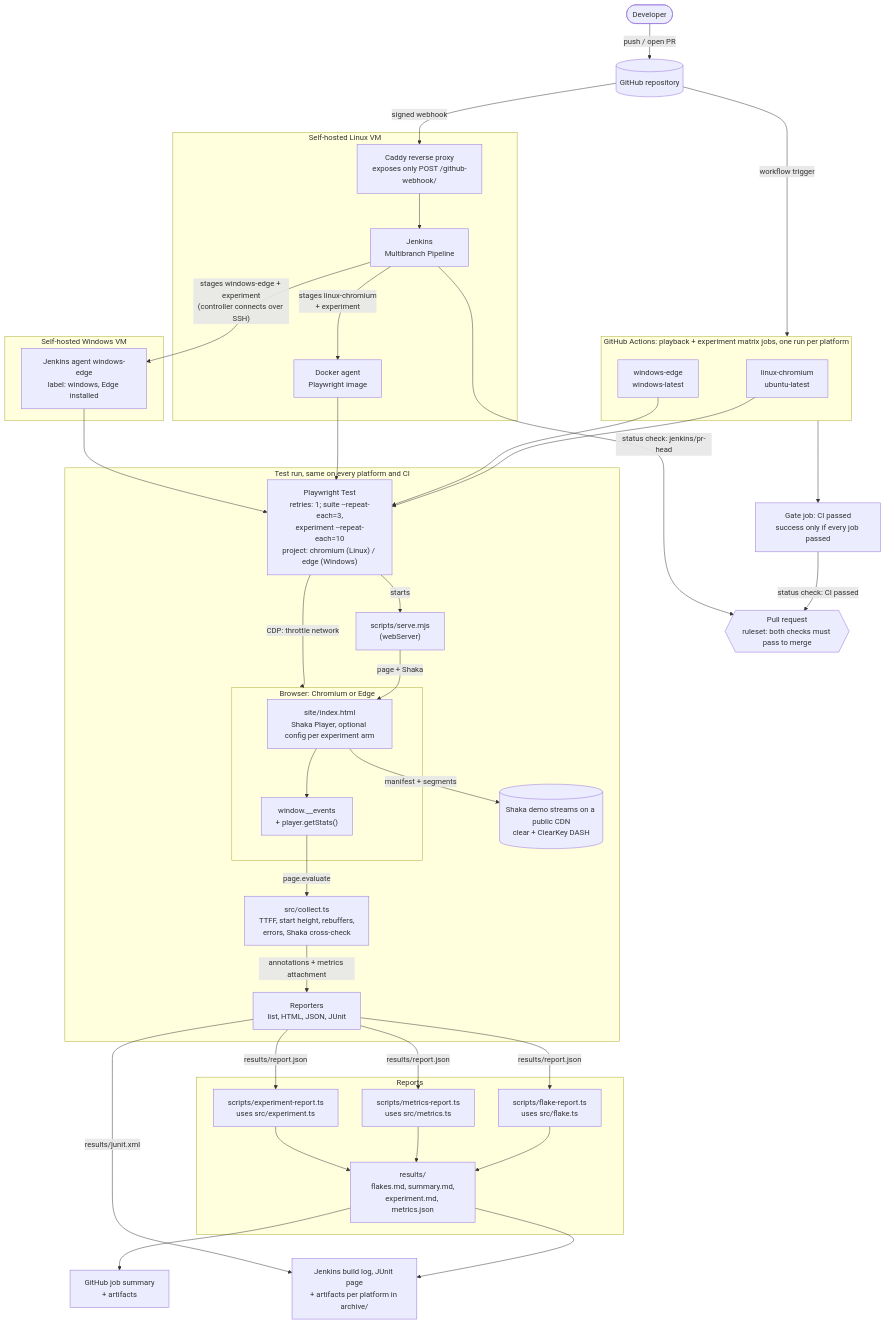
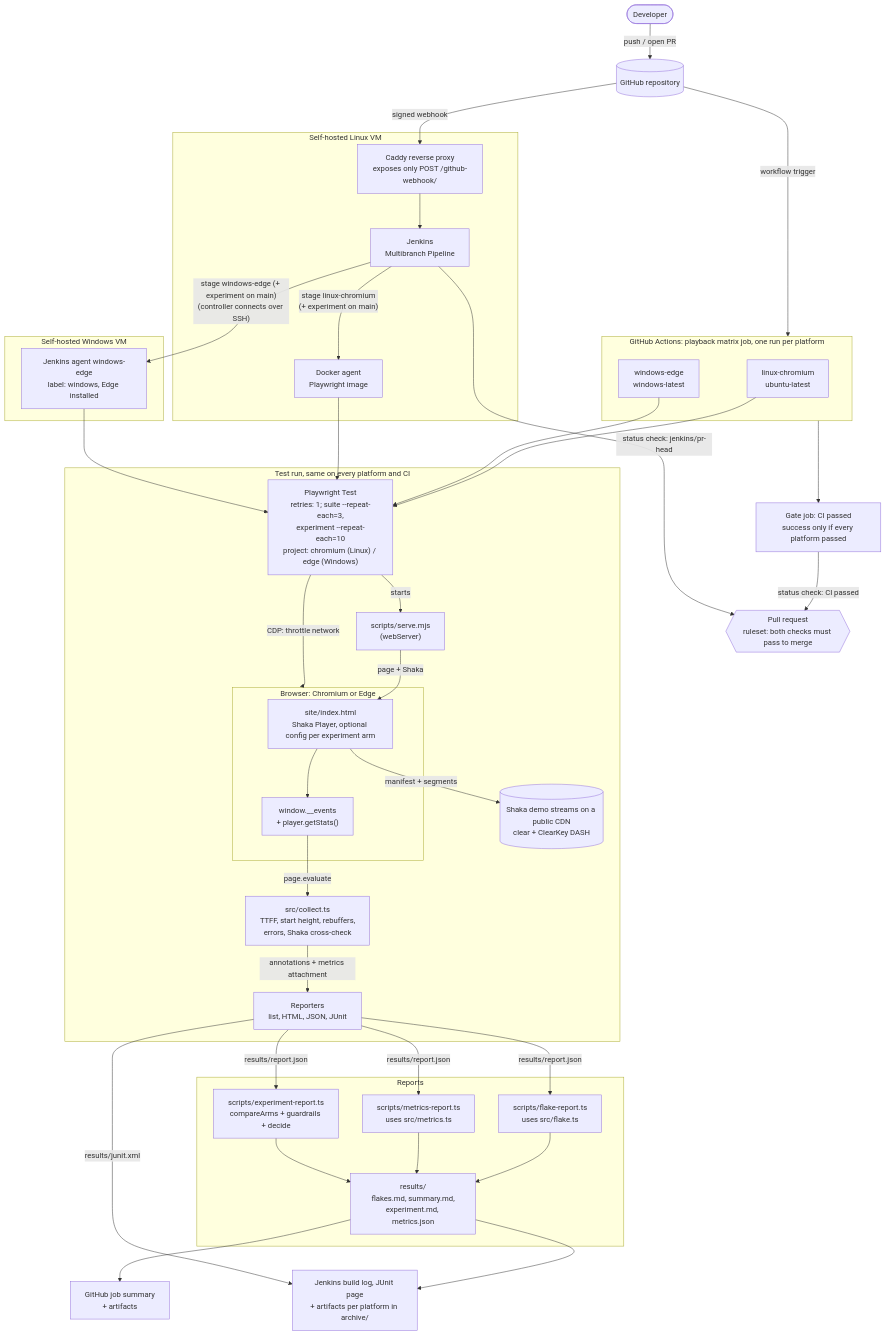
The diagram in ARCHITECTURE.md (tsuls/Playback-test-harness), drawn with Mermaid before and after one commit. The commit also changed other lines of this file and 13 other files, not shown here.

Commit message:
Experiment guardrails + decide() stub, stricter wrong-key test, Widevine playback on Edge, experiment moved out   of the merge gate

````diff
--- a/ARCHITECTURE.md
+++ b/ARCHITECTURE.md
@@ -5,71 +5,71 @@
 ```mermaid
 flowchart TB
   dev([Developer]) -- "push / open PR" --> gh[("GitHub repository")]
 
   gh -- "workflow trigger" --> gha
 
-  subgraph gha ["GitHub Actions: playback + experiment matrix jobs, one run per platform"]
+  subgraph gha ["GitHub Actions: playback matrix job, one run per platform"]
     linux["linux-chromium<br/>ubuntu-latest"]
     win["windows-edge<br/>windows-latest"]
   end
-  gha --> gate["Gate job: CI passed<br/>success only if every job passed"]
+  gha --> gate["Gate job: CI passed<br/>success only if every platform passed"]
 
   gh -- "signed webhook" --> caddy
 
   subgraph vm ["Self-hosted Linux VM"]
     caddy["Caddy reverse proxy<br/>exposes only POST /github-webhook/"] --> jenkins["Jenkins<br/>Multibranch Pipeline"]
-    jenkins -- "stages linux-chromium<br/>+ experiment" --> agent["Docker agent<br/>Playwright image"]
+    jenkins -- "stage linux-chromium<br/>(+ experiment on main)" --> agent["Docker agent<br/>Playwright image"]
   end
 
   subgraph winvm ["Self-hosted Windows VM"]
     winagent["Jenkins agent windows-edge<br/>label: windows, Edge installed"]
   end
-  jenkins -- "stages windows-edge + experiment<br/>(controller connects over SSH)" --> winagent
+  jenkins -- "stage windows-edge (+ experiment on main)<br/>(controller connects over SSH)" --> winagent
 
   linux --> runner
   win --> runner
   agent --> runner
   winagent --> runner
 
   cdn[("Shaka demo streams on a public CDN<br/>clear + ClearKey DASH")]
 
   subgraph run ["Test run, same on every platform and CI"]
     runner["Playwright Test<br/>retries: 1; suite --repeat-each=3,<br/>experiment --repeat-each=10<br/>project: chromium (Linux) / edge (Windows)"]
     server["scripts/serve.mjs<br/>(webServer)"]
     subgraph chromium ["Browser: Chromium or Edge"]
       page["site/index.html<br/>Shaka Player, optional config per experiment arm"]
       events["window.__events<br/>+ player.getStats()"]
       page --> events
     end
     collect["src/collect.ts<br/>TTFF, start height, rebuffers,<br/>errors, Shaka cross-check"]
     reporters["Reporters<br/>list, HTML, JSON, JUnit"]
 
     runner -- starts --> server
     server -- "page + Shaka" --> page
     page -- "manifest + segments" --> cdn
     runner -- "CDP: throttle network" --> chromium
     events -- "page.evaluate" --> collect
     collect -- "annotations + metrics attachment" --> reporters
   end
 
   subgraph reports ["Reports"]
     flake["scripts/flake-report.ts<br/>uses src/flake.ts"]
     metrics["scripts/metrics-report.ts<br/>uses src/metrics.ts"]
-    experiment["scripts/experiment-report.ts<br/>uses src/experiment.ts"]
+    experiment["scripts/experiment-report.ts<br/>compareArms + guardrails + decide"]
     out["results/<br/>flakes.md, summary.md,<br/>experiment.md, metrics.json"]
     flake --> out
     metrics --> out
     experiment --> out
   end
 
   reporters -- "results/report.json" --> flake
   reporters -- "results/report.json" --> metrics
   reporters -- "results/report.json" --> experiment
 
   out --> ghsum["GitHub job summary<br/>+ artifacts"]
   out --> jart["Jenkins build log, JUnit page<br/>+ artifacts per platform in archive/"]
   reporters -- "results/junit.xml" --> jart
 
   gate -- "status check: CI passed" --> pr{{"Pull request<br/>ruleset: both checks must pass to merge"}}
   jenkins -- "status check: jenkins/pr-head" --> pr
 ```
````
